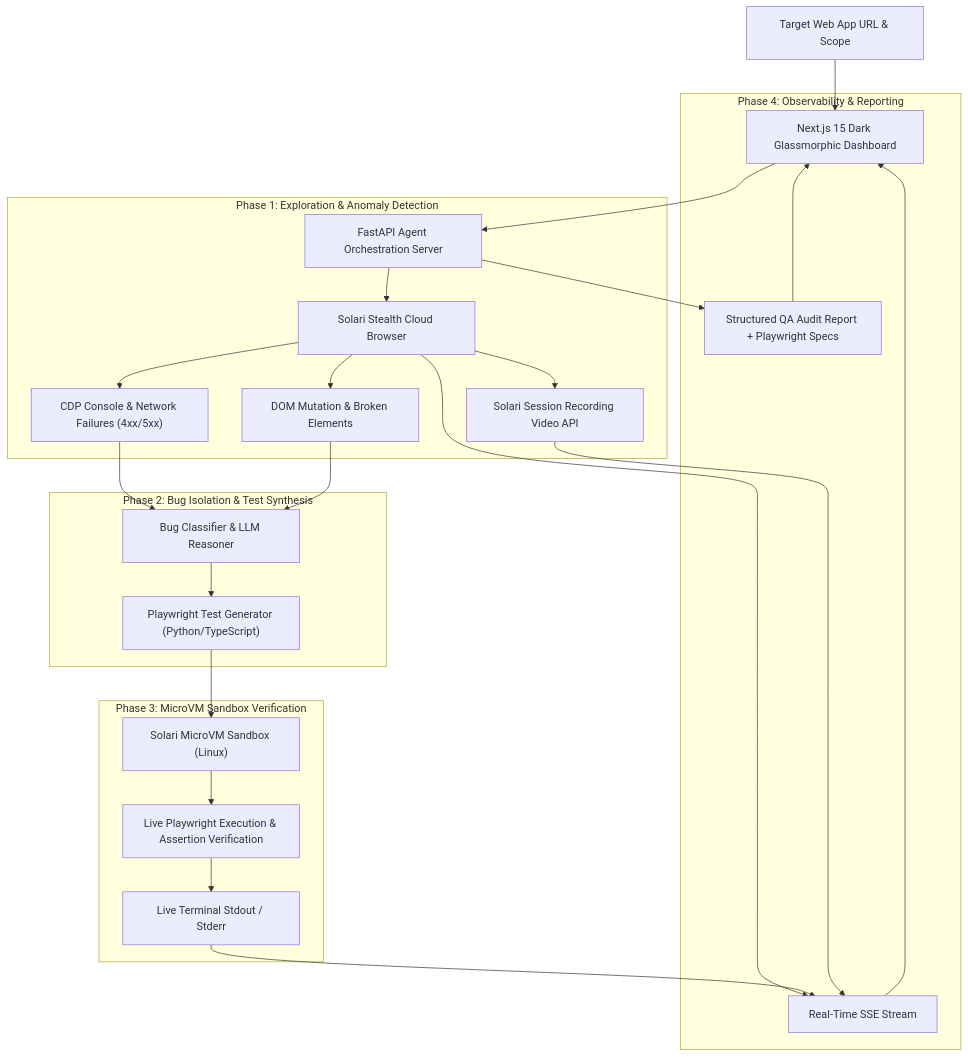
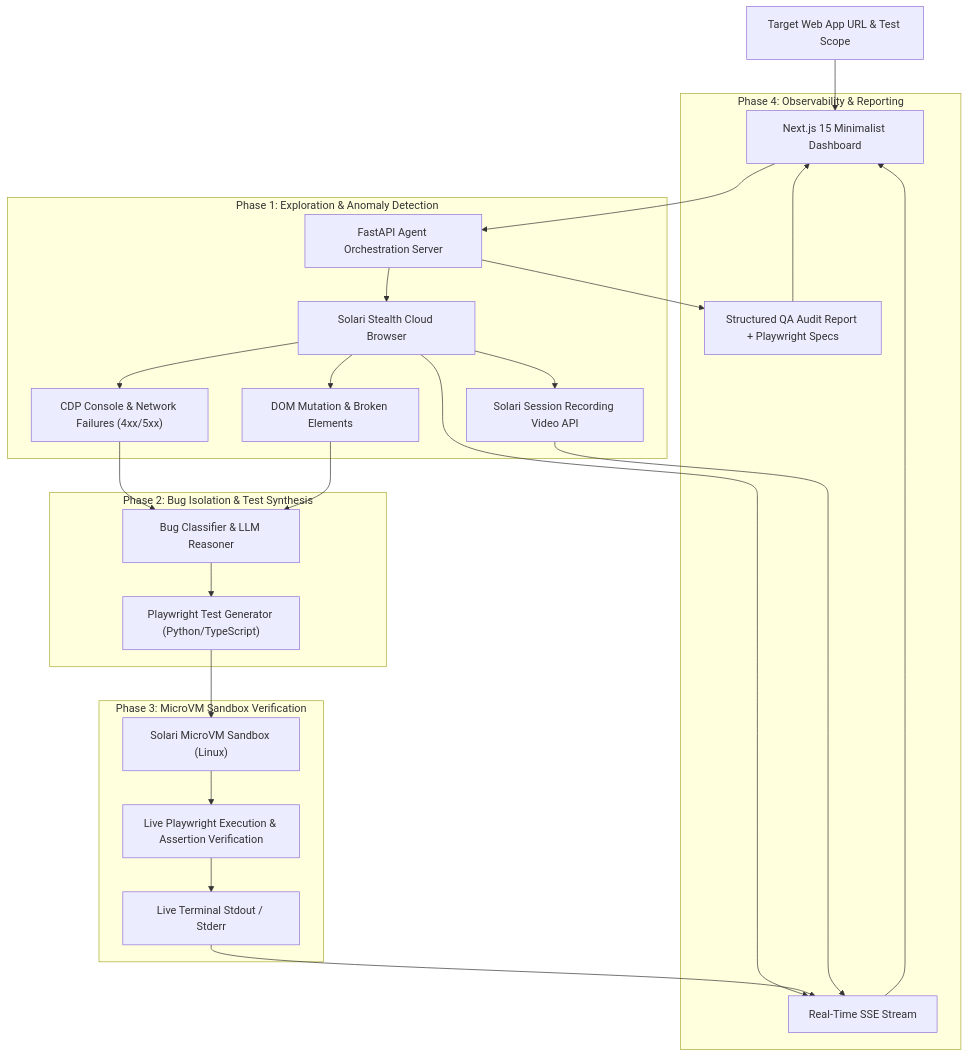
The diagram in examples/bugscout/README.md (Praroop1435/solari-cookbook), drawn with Mermaid before and after one commit. The commit also changed other lines of this file and 1 other file, not shown here.

Commit message:
docs: enrich root and BugScout READMEs with badges, architecture, and guides

````diff
--- a/examples/bugscout/README.md
+++ b/examples/bugscout/README.md
@@ -19,33 +33,33 @@
 ```mermaid
 graph TD
-    User["Target Web App URL & Scope"] --> UI["Next.js 15 Dark Glassmorphic Dashboard"]
+    User["Target Web App URL & Test Scope"] --> UI["Next.js 15 Minimalist Dashboard"]
     UI --> Backend["FastAPI Agent Orchestration Server"]
     
     subgraph Phase 1: Exploration & Anomaly Detection
         Backend --> SolariBrowser["Solari Stealth Cloud Browser"]
         SolariBrowser --> CDP["CDP Console & Network Failures (4xx/5xx)"]
         SolariBrowser --> DOM["DOM Mutation & Broken Elements"]
         SolariBrowser --> Recording["Solari Session Recording Video API"]
     end
     
     subgraph Phase 2: Bug Isolation & Test Synthesis
         CDP --> Analyzer["Bug Classifier & LLM Reasoner"]
         DOM --> Analyzer
         Analyzer --> PlaywrightGen["Playwright Test Generator (Python/TypeScript)"]
     end
     
     subgraph Phase 3: MicroVM Sandbox Verification
         PlaywrightGen --> SolariSandbox["Solari MicroVM Sandbox (Linux)"]
         SolariSandbox --> VMRunner["Live Playwright Execution & Assertion Verification"]
         VMRunner --> VMStdout["Live Terminal Stdout / Stderr"]
     end
     
     subgraph Phase 4: Observability & Reporting
         SolariBrowser --> SSE["Real-Time SSE Stream"]
         VMStdout --> SSE
         Recording --> SSE
         SSE --> UI
         Backend --> QAReport["Structured QA Audit Report + Playwright Specs"]
         QAReport --> UI
     end
 ```
````
